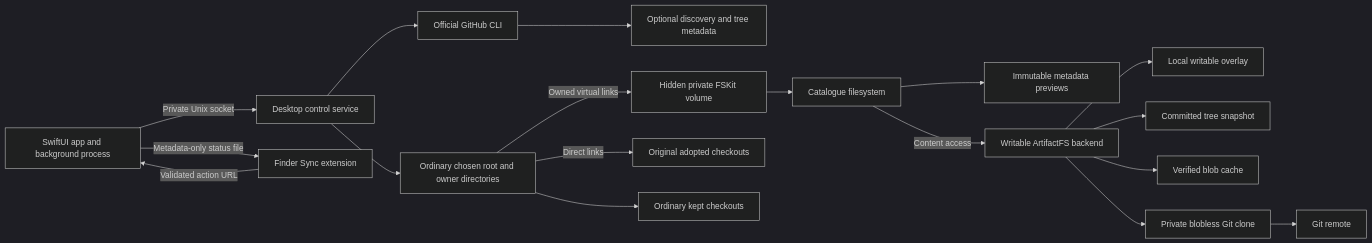
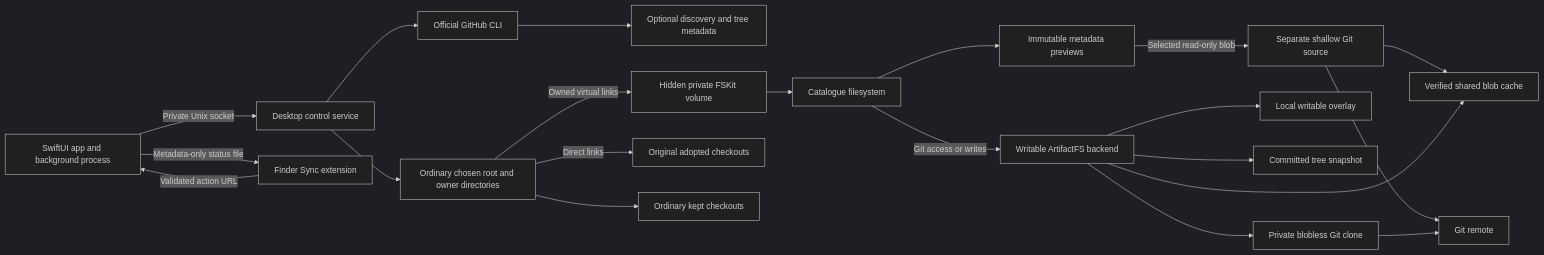
The diagram in docs/reporeach/architecture.md (enoughtools/reporeach), drawn with Mermaid (dark theme) before and after one commit. The commit also changed other lines of this file and 18 other files, not shown here.

````diff
--- a/docs/reporeach/architecture.md
+++ b/docs/reporeach/architecture.md
@@ -16,20 +16,23 @@
 ```mermaid
 flowchart LR
     App[SwiftUI app and background process] -->|Private Unix socket| Desktop[Desktop control service]
     Finder[Finder Sync extension] -->|Validated action URL| App
     App -->|Metadata-only status file| Finder
     Desktop --> GH[Official GitHub CLI]
     GH --> GitHub[Optional discovery and tree metadata]
     Desktop --> Root[Ordinary chosen root and owner directories]
     Root -->|Owned virtual links| Native[Hidden private FSKit volume]
     Root -->|Direct links| Adopted[Original adopted checkouts]
     Root --> Kept[Ordinary kept checkouts]
     Native --> Catalog[Catalogue filesystem]
     Catalog --> Preview[Immutable metadata previews]
-    Catalog -->|Content access| AFS[Writable ArtifactFS backend]
+    Preview -->|Selected read-only blob| PreviewGit[Separate shallow Git source]
+    PreviewGit --> Cache[Verified shared blob cache]
+    PreviewGit --> Remote[Git remote]
+    Catalog -->|Git access or writes| AFS[Writable ArtifactFS backend]
     AFS --> Overlay[Local writable overlay]
     AFS --> Snapshot[Committed tree snapshot]
-    AFS --> Cache[Verified blob cache]
+    AFS --> Cache
     AFS --> Git[Private blobless Git clone]
     Git --> Remote[Git remote]
 ```
````
